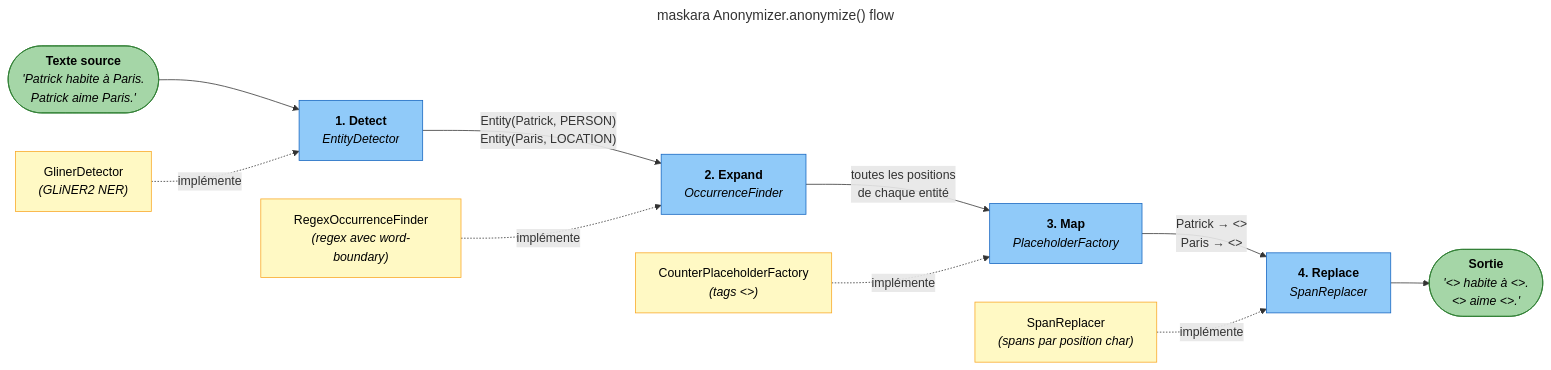
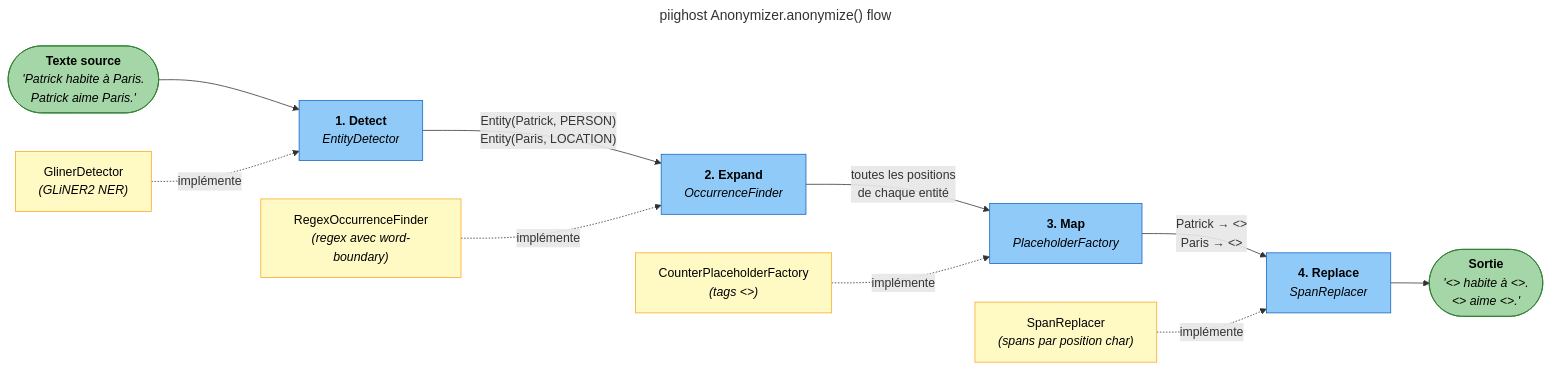
One commit to Athroniaeth/piighost changed the first of 2 diagrams in docs/fr/architecture.md. Above: the diagram before and after it, drawn with Mermaid. The commit also changed other lines of this file and 51 other files, not shown here.

Commit message:
refactor: rename project from maskara to piighost

````diff
--- a/docs/fr/architecture.md
+++ b/docs/fr/architecture.md
@@ -36,49 +36,49 @@
 ```mermaid
 ---
-title: "maskara Anonymizer.anonymize() flow"
+title: "piighost Anonymizer.anonymize() flow"
 ---
 flowchart LR
     classDef stage fill:#90CAF9,stroke:#1565C0,color:#000
     classDef protocol fill:#FFF9C4,stroke:#F9A825,color:#000
     classDef data fill:#A5D6A7,stroke:#2E7D32,color:#000
 
     INPUT(["`**Texte source**
     _'Patrick habite à Paris.
     Patrick aime Paris.'_`"]):::data
 
     DETECT["`**1. Detect**
     _EntityDetector_`"]:::stage
     EXPAND["`**2. Expand**
     _OccurrenceFinder_`"]:::stage
     MAP["`**3. Map**
     _PlaceholderFactory_`"]:::stage
     REPLACE["`**4. Replace**
     _SpanReplacer_`"]:::stage
 
     OUTPUT(["`**Sortie**
     _'<<PERSON_1>> habite à <<LOCATION_1>>.
     <<PERSON_1>> aime <<LOCATION_1>>.'_`"]):::data
 
     INPUT --> DETECT
     DETECT -- "Entity(Patrick, PERSON)
     Entity(Paris, LOCATION)" --> EXPAND
     EXPAND -- "toutes les positions
     de chaque entité" --> MAP
     MAP -- "Patrick → <<PERSON_1>>
     Paris → <<LOCATION_1>>" --> REPLACE
     REPLACE --> OUTPUT
 
     P_DETECT["`GlinerDetector
     _(GLiNER2 NER)_`"]:::protocol
     P_EXPAND["`RegexOccurrenceFinder
     _(regex avec word-boundary)_`"]:::protocol
     P_MAP["`CounterPlaceholderFactory
     _(tags <<LABEL_N>>)_`"]:::protocol
     P_REPLACE["`SpanReplacer
     _(spans par position char)_`"]:::protocol
 
     P_DETECT -. "implémente" .-> DETECT
     P_EXPAND -. "implémente" .-> EXPAND
     P_MAP -. "implémente" .-> MAP
     P_REPLACE -. "implémente" .-> REPLACE
 ```
````
